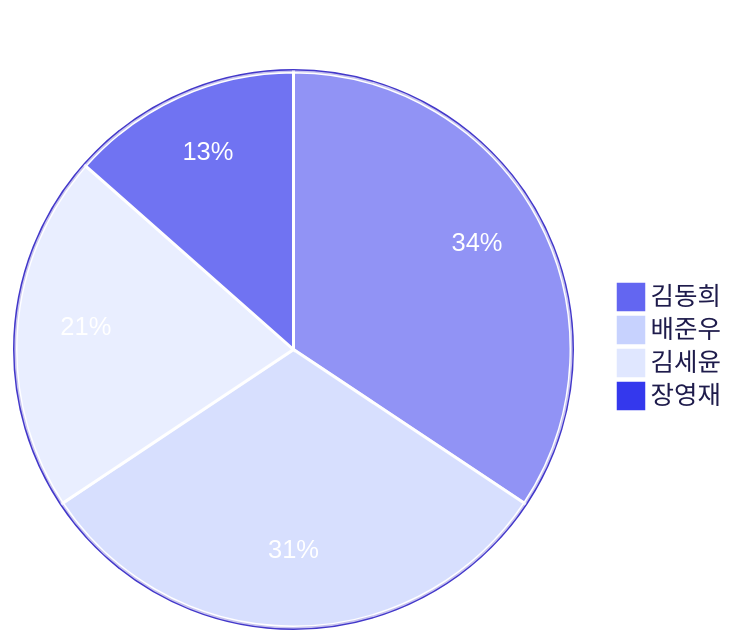
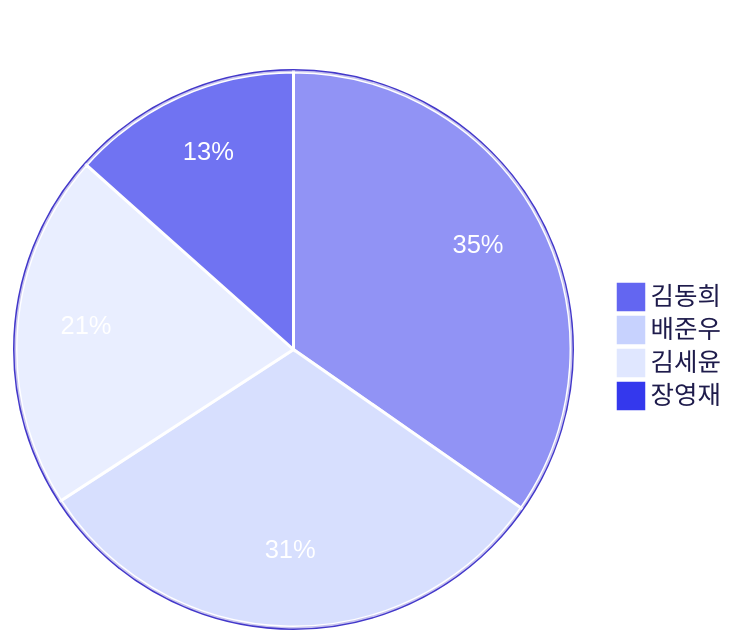
Before and after one commit to 3rd-project-team-1/ALYAC-market-team1: the third of 4 diagrams in README.md, drawn with Mermaid. The commit also changed other lines of this file, not shown here.

````diff
--- a/README.md
+++ b/README.md
@@ -431,17 +430,17 @@
 ```mermaid
 %%{init: { 'theme': 'base', 'themeVariables': {
   'primaryColor': '#6366f1',
   'primaryTextColor': '#ffffff',
   'primaryBorderColor': '#4338ca',
   'secondaryColor': '#c7d2fe',
   'tertiaryColor': '#e0e7ff',
   'pieLegendTextColor': '#1e1b4b',
   'pieStrokeColor': '#ffffff',
   'pieOuterStrokeColor': '#4338ca'
 } } }%%
 pie title 기여자별 커밋 수
-  "김동희" : 135
+  "김동희" : 137
   "배준우" : 123
   "김세윤" : 82
   "장영재" : 53
 ```
````
